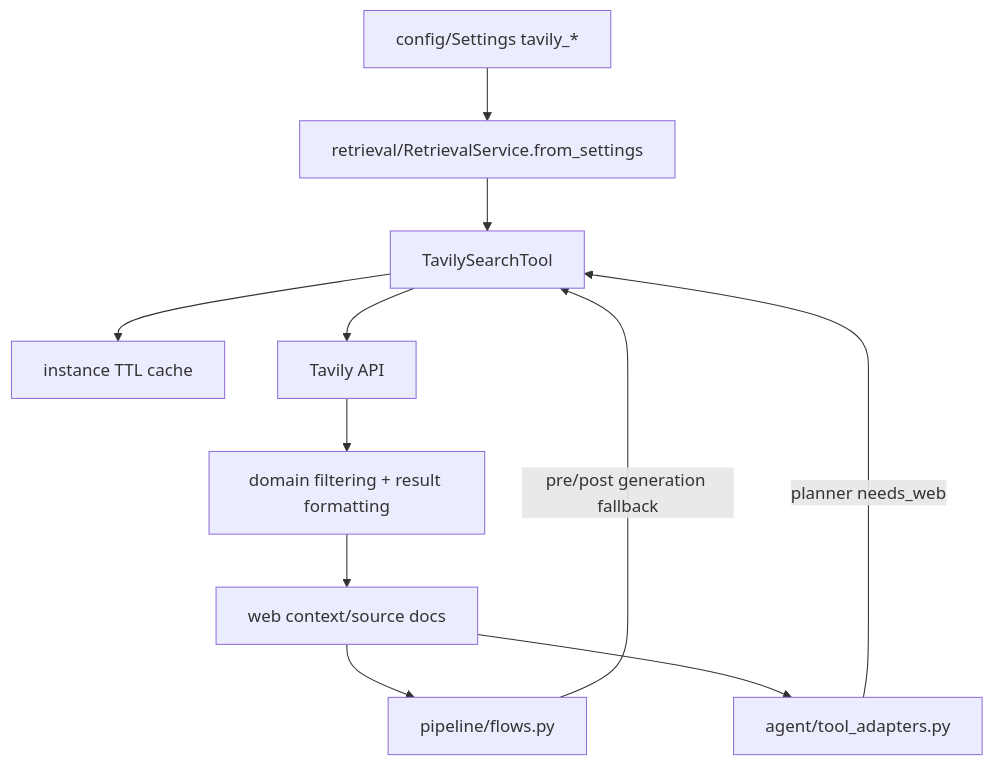
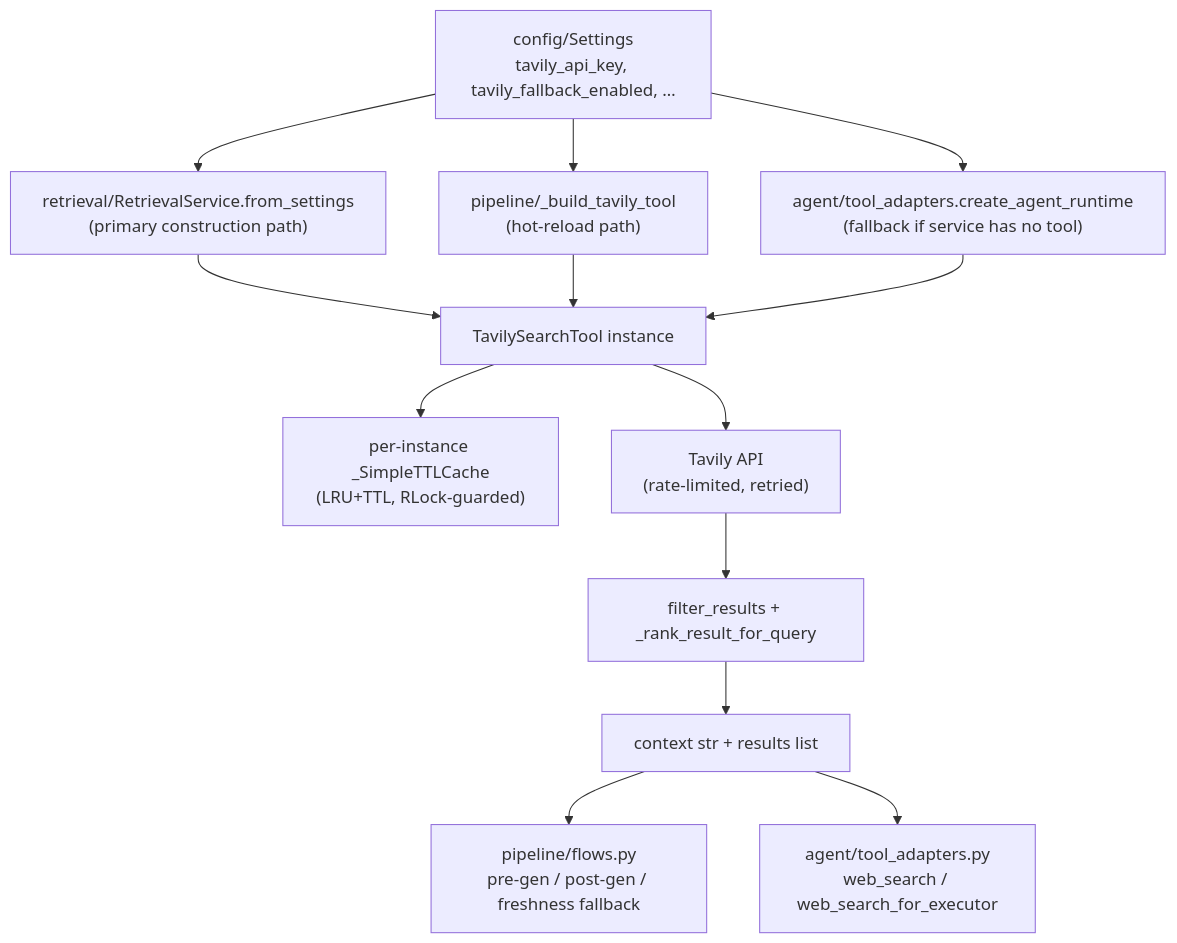
Before and after one commit to hoainam183/GR: the diagram in src/RAG_v2/tools/MODULE.md, drawn with Mermaid. The commit also changed other lines of this file and 38 other files, not shown here.

````diff
--- a/src/RAG_v2/tools/MODULE.md
+++ b/src/RAG_v2/tools/MODULE.md
@@ -100,13 +213,16 @@
 ```mermaid
 flowchart TD
-  Settings["config/Settings tavily_*"] --> Service["retrieval/RetrievalService.from_settings"]
-  Service --> Tavily["TavilySearchTool"]
-  RagFlow["pipeline/flows.py"] -->|pre/post generation fallback| Tavily
-  Agent["agent/tool_adapters.py"] -->|planner needs_web| Tavily
-  Tavily --> Cache["instance TTL cache"]
-  Tavily --> API["Tavily API"]
-  API --> Filter["domain filtering + result formatting"]
-  Filter --> Context["web context/source docs"]
-  Context --> RagFlow
-  Context --> Agent
+  Settings["config/Settings\ntavily_api_key, tavily_fallback_enabled, …"]
+  Settings --> Service["retrieval/RetrievalService.from_settings\n(primary construction path)"]
+  Settings --> Build["pipeline/_build_tavily_tool\n(hot-reload path)"]
+  Settings --> AgentCreate["agent/tool_adapters.create_agent_runtime\n(fallback if service has no tool)"]
+  Service --> Tool["TavilySearchTool instance"]
+  Build --> Tool
+  AgentCreate --> Tool
+  Tool --> Cache["per-instance _SimpleTTLCache\n(LRU+TTL, RLock-guarded)"]
+  Tool --> API["Tavily API\n(rate-limited, retried)"]
+  API --> Filter["filter_results + _rank_result_for_query"]
+  Filter --> Context["context str + results list"]
+  Context --> Flows["pipeline/flows.py\npre-gen / post-gen / freshness fallback"]
+  Context --> Agent["agent/tool_adapters.py\nweb_search / web_search_for_executor"]
 ```
````
